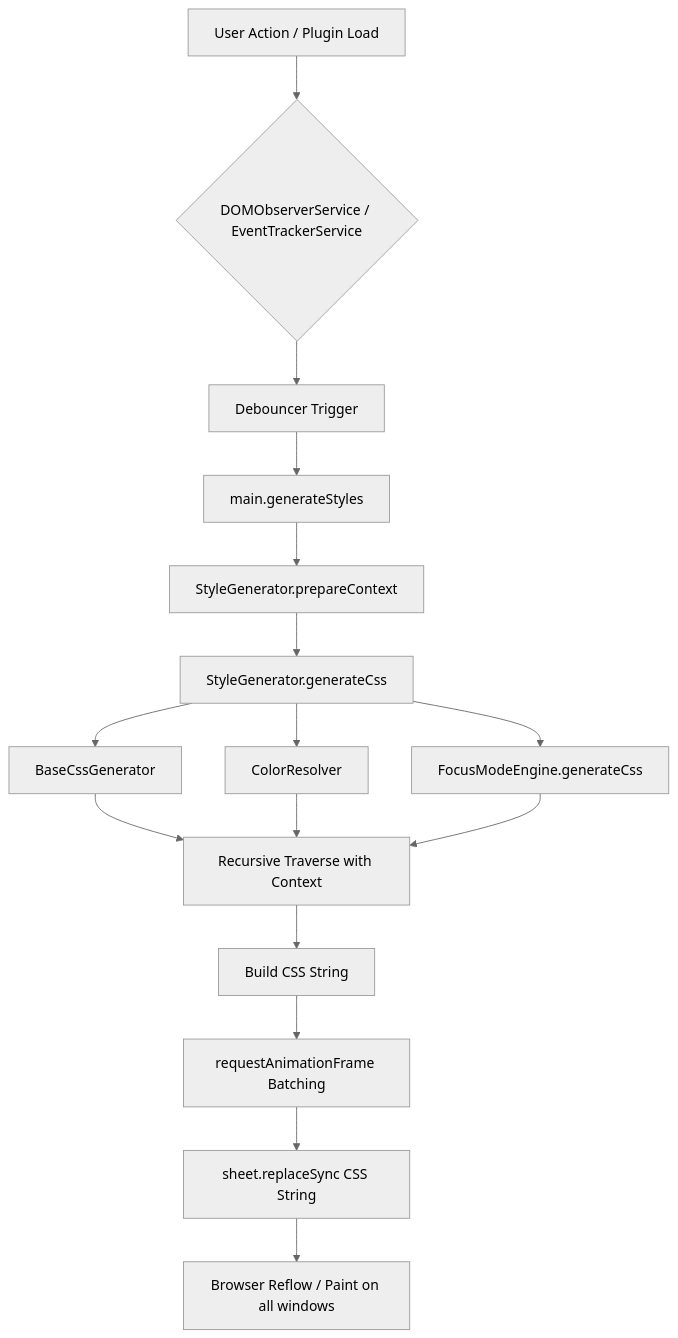
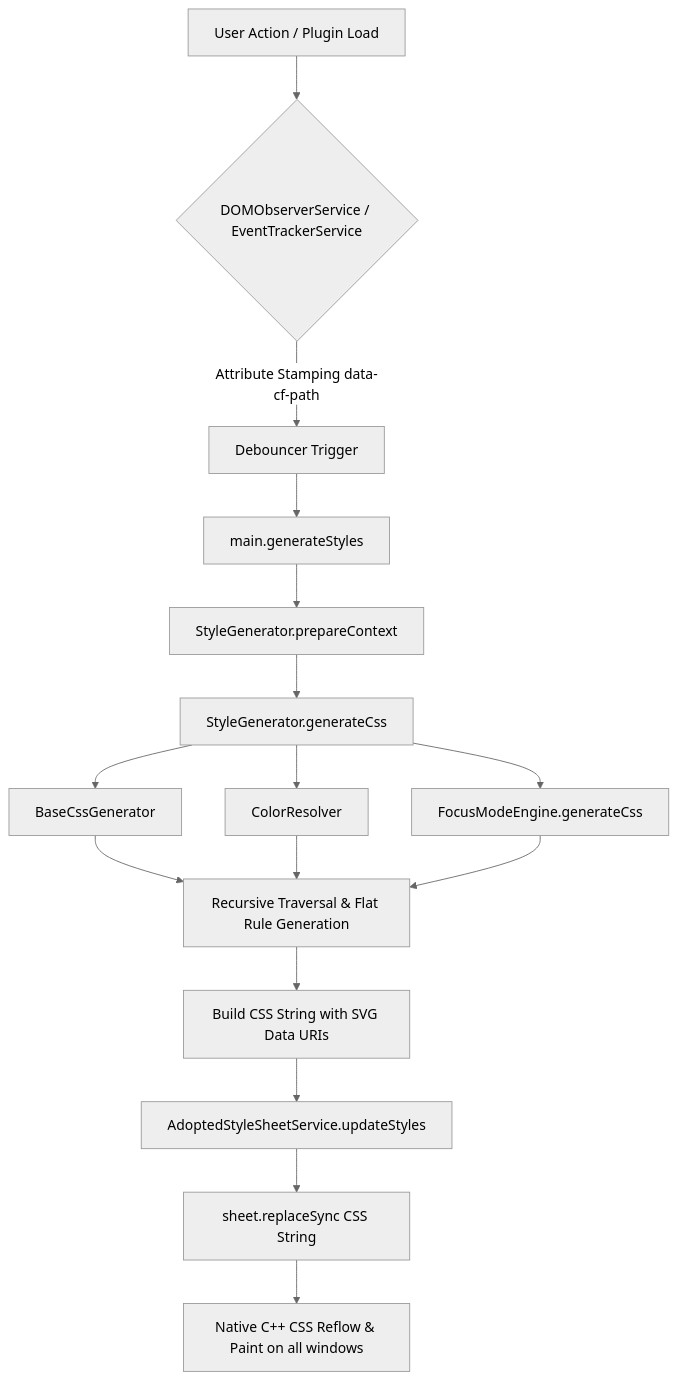
Before and after one commit to RohitNahar-Offical/colorful-folders-obsidian: the first of 2 diagrams in docs/ARCHITECTURE.md, drawn with Mermaid (neutral theme). The commit also changed other lines of this file and 15 other files, not shown here.

````diff
--- a/docs/ARCHITECTURE.md
+++ b/docs/ARCHITECTURE.md
@@ -16,18 +19,18 @@
 ```mermaid
 graph TD
     A[User Action / Plugin Load] --> B{DOMObserverService / EventTrackerService}
-    B --> C[Debouncer Trigger]
+    B -->|Attribute Stamping data-cf-path| C[Debouncer Trigger]
     C --> D[main.generateStyles]
     D --> E[StyleGenerator.prepareContext]
     E --> F[StyleGenerator.generateCss]
     F --> G1[BaseCssGenerator]
     F --> G2[ColorResolver]
     F --> G3[FocusModeEngine.generateCss]
-    G1 --> H[Recursive Traverse with Context]
+    G1 --> H[Recursive Traversal & Flat Rule Generation]
     G2 --> H
     G3 --> H
-    H --> I[Build CSS String]
-    I --> J[requestAnimationFrame Batching]
+    H --> I[Build CSS String with SVG Data URIs]
+    I --> J[AdoptedStyleSheetService.updateStyles]
     J --> K[sheet.replaceSync CSS String]
-    K --> L[Browser Reflow / Paint on all windows]
+    K --> L[Native C++ CSS Reflow & Paint on all windows]
 ```
````
